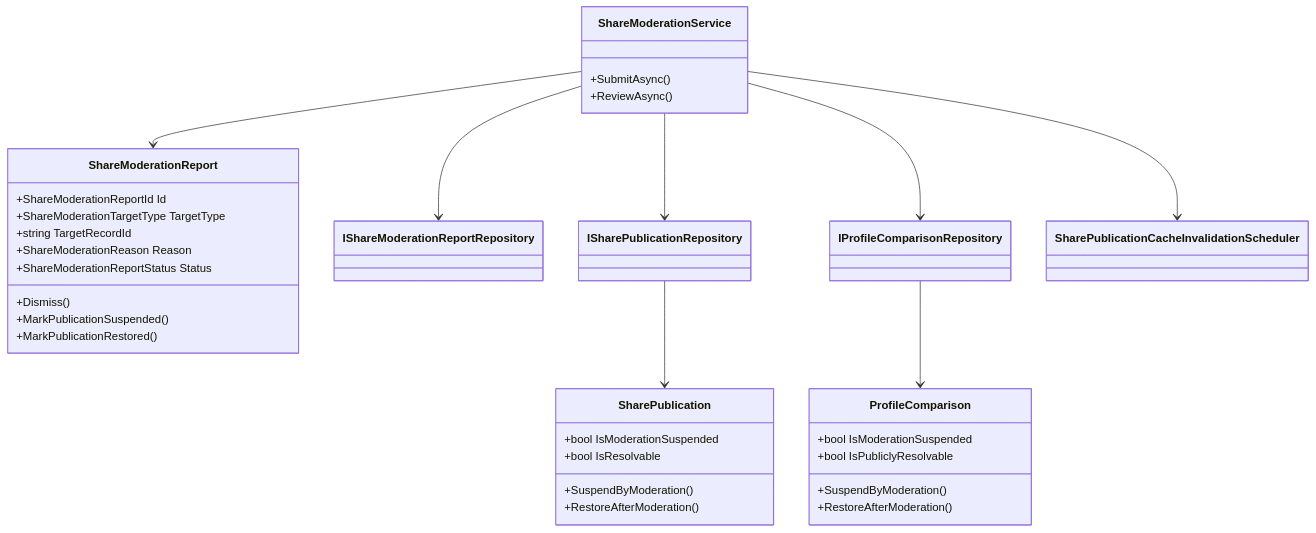
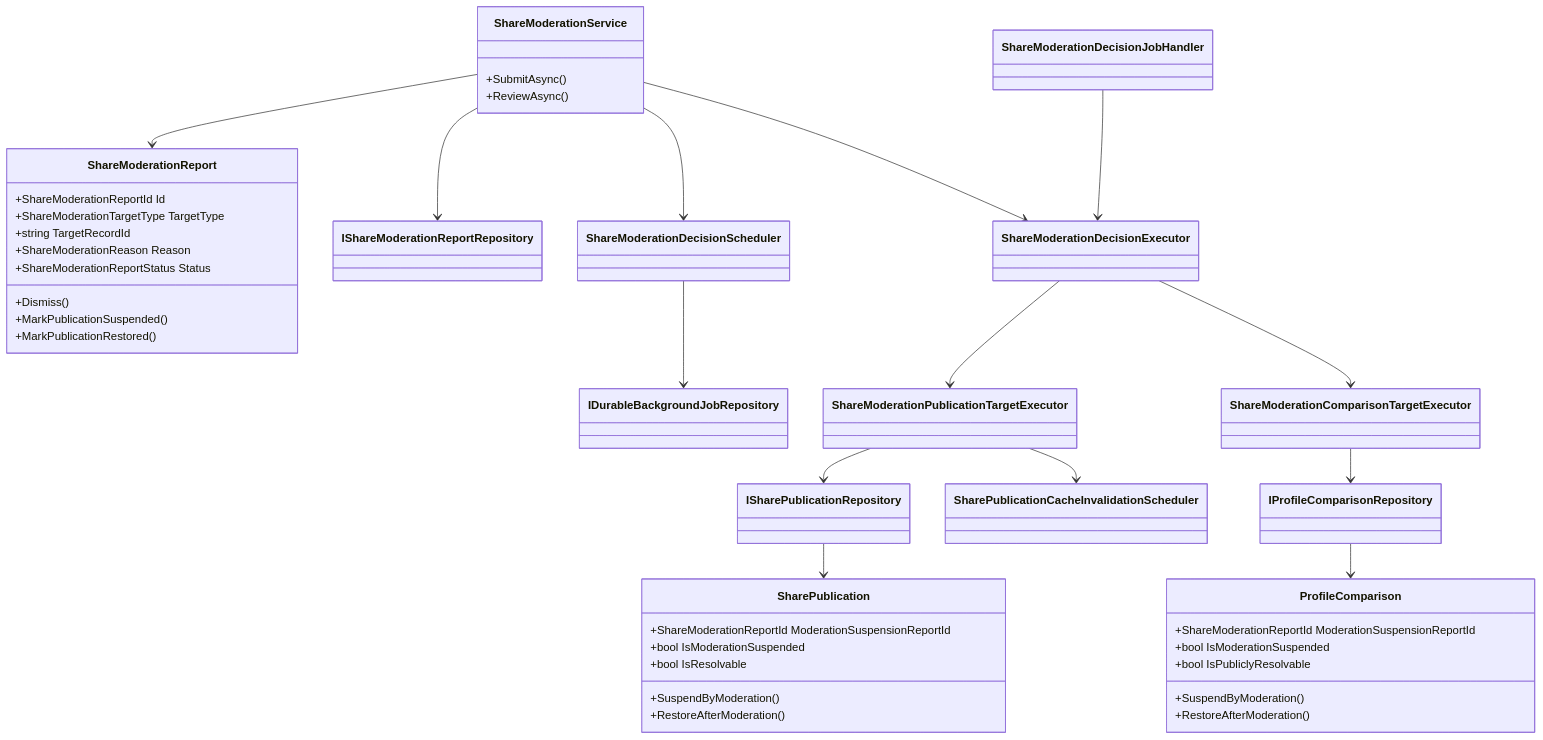
One commit to Ced59/AmusementParkProject changed the first of 4 diagrams in docs/architecture/product-growth-share-13-public-share-moderation-2026-09-13.md. Above: the diagram before and after it, drawn with Mermaid. The commit also changed other lines of this file and 27 other files, not shown here.

Commit message:
fix: harden share moderation consistency

````diff
--- a/docs/architecture/product-growth-share-13-public-share-moderation-2026-09-13.md
+++ b/docs/architecture/product-growth-share-13-public-share-moderation-2026-09-13.md
@@ -27,41 +27,55 @@
 ```mermaid
 classDiagram
   class ShareModerationReport {
     +ShareModerationReportId Id
     +ShareModerationTargetType TargetType
     +string TargetRecordId
     +ShareModerationReason Reason
     +ShareModerationReportStatus Status
     +Dismiss()
     +MarkPublicationSuspended()
     +MarkPublicationRestored()
   }
   class SharePublication {
+    +ShareModerationReportId ModerationSuspensionReportId
     +bool IsModerationSuspended
     +bool IsResolvable
     +SuspendByModeration()
     +RestoreAfterModeration()
   }
   class ProfileComparison {
+    +ShareModerationReportId ModerationSuspensionReportId
     +bool IsModerationSuspended
     +bool IsPubliclyResolvable
     +SuspendByModeration()
     +RestoreAfterModeration()
   }
   class ShareModerationService {
     +SubmitAsync()
     +ReviewAsync()
   }
+  class ShareModerationDecisionScheduler
+  class ShareModerationDecisionExecutor
+  class ShareModerationPublicationTargetExecutor
+  class ShareModerationComparisonTargetExecutor
+  class ShareModerationDecisionJobHandler
+  class IDurableBackgroundJobRepository
   class IShareModerationReportRepository
   class ISharePublicationRepository
   class IProfileComparisonRepository
   class SharePublicationCacheInvalidationScheduler
 
   ShareModerationService --> ShareModerationReport
   ShareModerationService --> IShareModerationReportRepository
-  ShareModerationService --> ISharePublicationRepository
-  ShareModerationService --> IProfileComparisonRepository
-  ShareModerationService --> SharePublicationCacheInvalidationScheduler
+  ShareModerationService --> ShareModerationDecisionScheduler
+  ShareModerationService --> ShareModerationDecisionExecutor
+  ShareModerationDecisionScheduler --> IDurableBackgroundJobRepository
+  ShareModerationDecisionJobHandler --> ShareModerationDecisionExecutor
+  ShareModerationDecisionExecutor --> ShareModerationPublicationTargetExecutor
+  ShareModerationDecisionExecutor --> ShareModerationComparisonTargetExecutor
+  ShareModerationPublicationTargetExecutor --> ISharePublicationRepository
+  ShareModerationPublicationTargetExecutor --> SharePublicationCacheInvalidationScheduler
+  ShareModerationComparisonTargetExecutor --> IProfileComparisonRepository
   ISharePublicationRepository --> SharePublication
   IProfileComparisonRepository --> ProfileComparison
 ```
````
